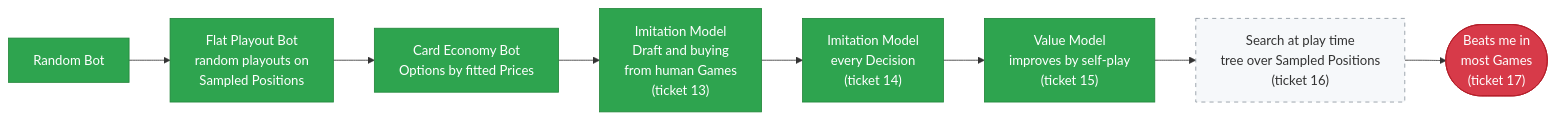
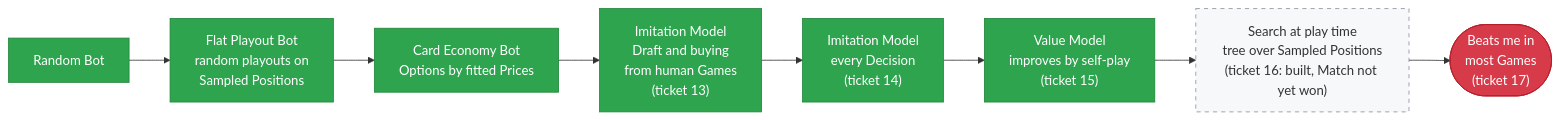
One commit to niels32167/tfm-with-bots changed the seventh of 7 diagrams in README.md. Above: the diagram before and after it, drawn with Mermaid. The commit also changed other lines of this file and 15 other files, not shown here.

First line of the commit message:
Ticket 16: the Search Bot, built; the ladder Match not yet won

````diff
--- a/README.md
+++ b/README.md
@@ -395,13 +407,13 @@
 ```mermaid
 flowchart LR
     R["Random Bot"]:::done --> F["Flat Playout Bot<br/>random playouts on<br/>Sampled Positions"]:::done
     F --> C["Card Economy Bot<br/>Options by fitted Prices"]:::done
     C --> I["Imitation Model<br/>Draft and buying<br/>from human Games<br/>(ticket 13)"]:::done
     I --> I2["Imitation Model<br/>every Decision<br/>(ticket 14)"]:::done
     I2 --> V["Value Model<br/>improves by self-play<br/>(ticket 15)"]:::done
-    V --> S["Search at play time<br/>tree over Sampled Positions<br/>(ticket 16)"]:::todo
+    V --> S["Search at play time<br/>tree over Sampled Positions<br/>(ticket 16: built, Match not yet won)"]:::todo
     S --> H(["Beats me in<br/>most Games<br/>(ticket 17)"]):::goal
     classDef done fill:#2ea44f,color:#fff,stroke:#22863a
     classDef todo fill:#f6f8fa,stroke:#8b949e,stroke-dasharray: 5 5
     classDef goal fill:#d73a49,color:#fff,stroke:#b31d28
 ```
````
